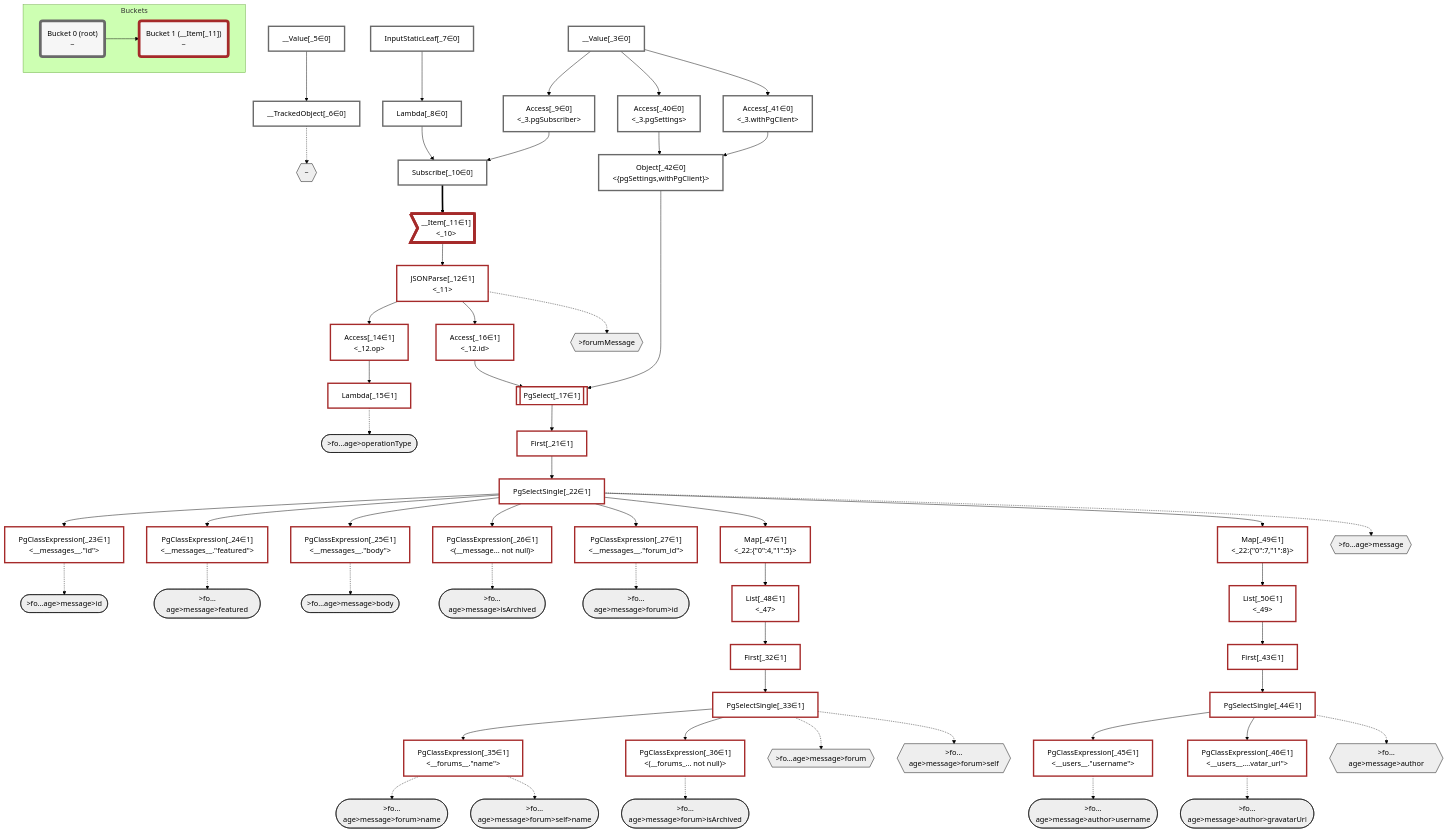
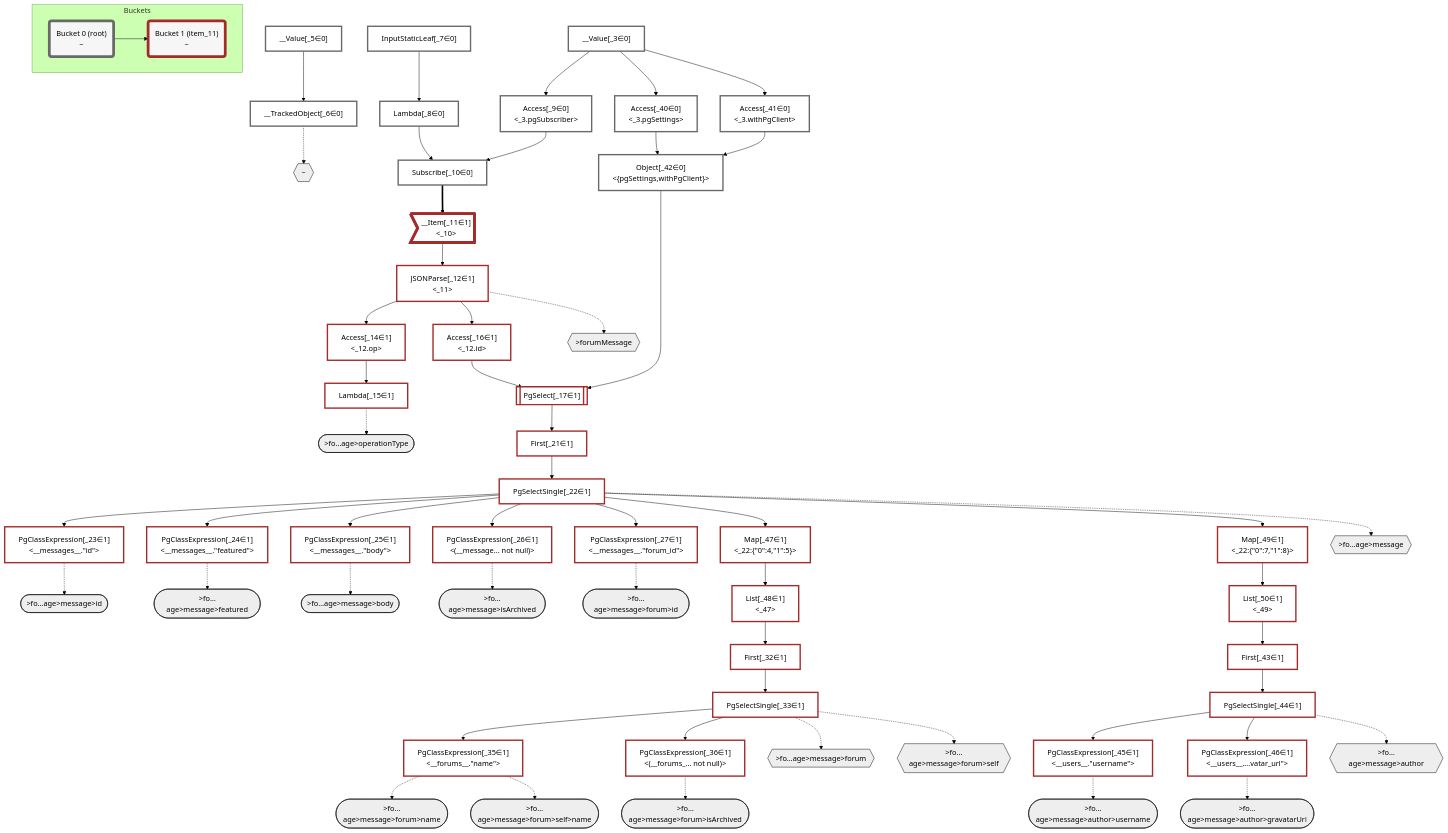
One commit to graphile/crystal changed the diagram in packages/dataplan-pg/__tests__/subscriptions/basics/forum-messages.mermaid.md. Above: the diagram before and after it, drawn with Mermaid (forest theme). The commit also changed 159 other files, not shown here.

```diff
--- a/packages/dataplan-pg/__tests__/subscriptions/basics/forum-messages.mermaid.md
+++ b/packages/dataplan-pg/__tests__/subscriptions/basics/forum-messages.mermaid.md
@@ -144,7 +144,7 @@
     subgraph Buckets
     Bucket0("Bucket 0 (root)<br />~"):::bucket
     style Bucket0 stroke:#696969
-    Bucket1("Bucket 1 (__Item[_11])<br />~"):::bucket
+    Bucket1("Bucket 1 (item_11)<br />~"):::bucket
     style Bucket1 stroke:#a52a2a
     Bucket0 --> Bucket1
     end
```
